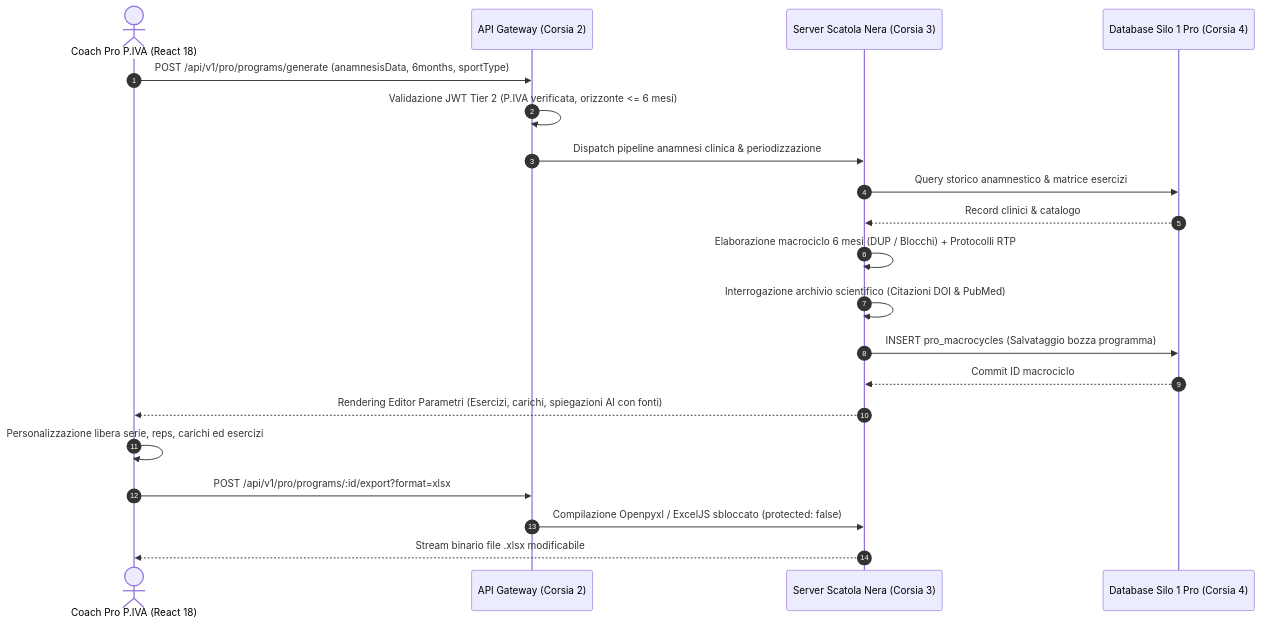
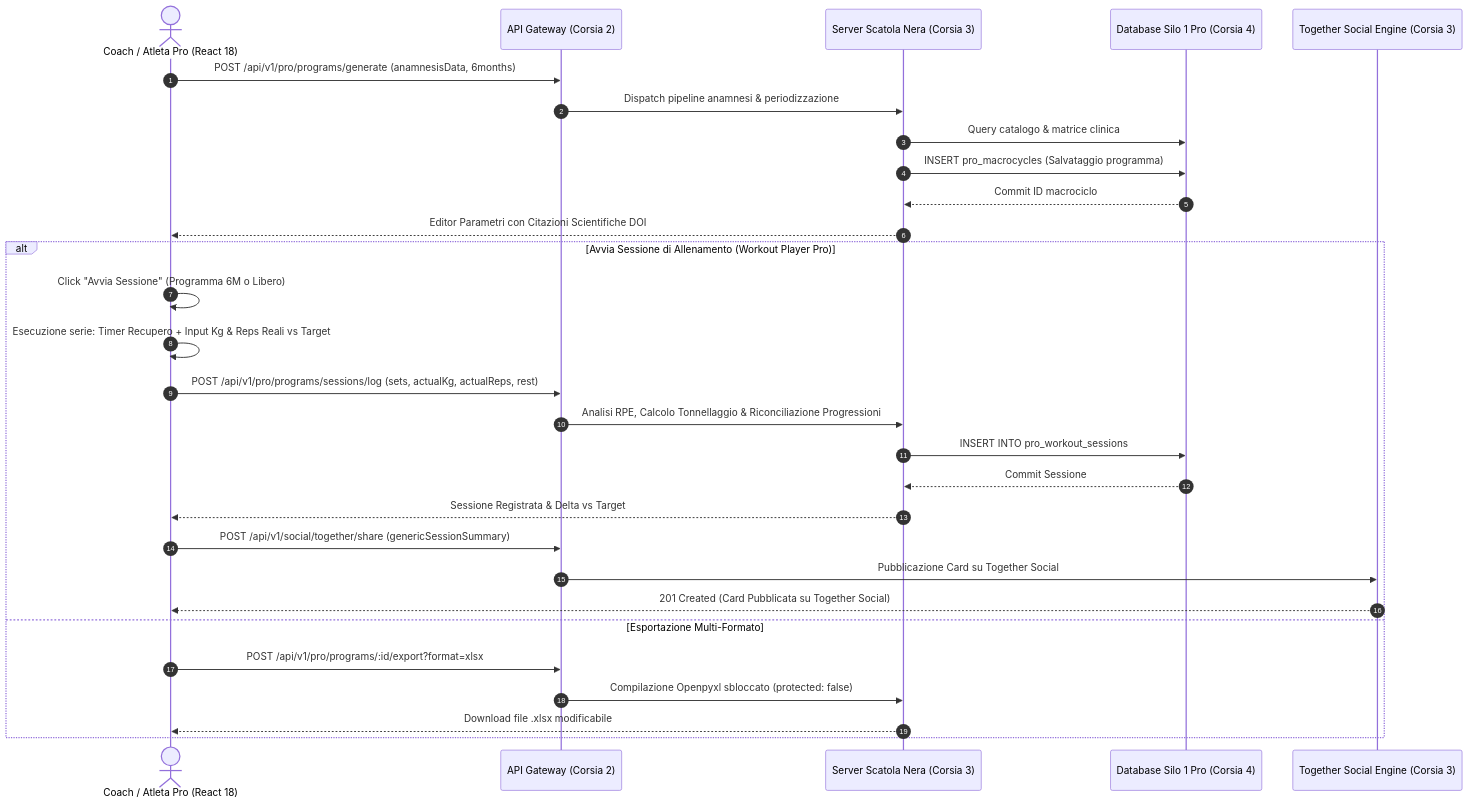
Before and after one commit to sportscience2025-star/Sports-Analytics-Platform---T7-Workout-APP: the first of 2 diagrams in architecture-blueprint/00-capitolato-tecnico-e-glossario/09-software-2-flow-3b-macrocycle-ai-triage119.md, drawn with Mermaid. The commit also changed other lines of this file and 11 other files, not shown here.

Commit message:
feat(programming): add workout player, gym interface and together social sharing across tiers 1-3

````diff
--- a/architecture-blueprint/00-capitolato-tecnico-e-glossario/09-software-2-flow-3b-macrocycle-ai-triage119.md
+++ b/architecture-blueprint/00-capitolato-tecnico-e-glossario/09-software-2-flow-3b-macrocycle-ai-triage119.md
@@ -51,24 +62,33 @@
 ```mermaid
 sequenceDiagram
     autonumber
-    actor Coach as Coach Pro P.IVA (React 18)
+    actor Coach as Coach / Atleta Pro (React 18)
     participant GW as API Gateway (Corsia 2)
     participant SRV as Server Scatola Nera (Corsia 3)
     participant DB as Database Silo 1 Pro (Corsia 4)
+    participant SOC as Together Social Engine (Corsia 3)
 
-    Coach->>GW: POST /api/v1/pro/programs/generate (anamnesisData, 6months, sportType)
-    GW->>GW: Validazione JWT Tier 2 (P.IVA verificata, orizzonte <= 6 mesi)
-    GW->>SRV: Dispatch pipeline anamnesi clinica & periodizzazione
-    SRV->>DB: Query storico anamnestico & matrice esercizi
-    DB-->>SRV: Record clinici & catalogo
-    SRV->>SRV: Elaborazione macrociclo 6 mesi (DUP / Blocchi) + Protocolli RTP
-    SRV->>SRV: Interrogazione archivio scientifico (Citazioni DOI & PubMed)
-    SRV->>DB: INSERT pro_macrocycles (Salvataggio bozza programma)
+    Coach->>GW: POST /api/v1/pro/programs/generate (anamnesisData, 6months)
+    GW->>SRV: Dispatch pipeline anamnesi & periodizzazione
+    SRV->>DB: Query catalogo & matrice clinica
+    SRV->>DB: INSERT pro_macrocycles (Salvataggio programma)
     DB-->>SRV: Commit ID macrociclo
-    SRV-->>Coach: Rendering Editor Parametri (Esercizi, carichi, spiegazioni AI con fonti)
+    SRV-->>Coach: Editor Parametri con Citazioni Scientifiche DOI
 
-    Coach->>Coach: Personalizzazione libera serie, reps, carichi ed esercizi
-    Coach->>GW: POST /api/v1/pro/programs/:id/export?format=xlsx
-    GW->>SRV: Compilazione Openpyxl / ExcelJS sbloccato (protected: false)
-    SRV-->>Coach: Stream binario file .xlsx modificabile
+    alt Avvia Sessione di Allenamento (Workout Player Pro)
+        Coach->>Coach: Click "Avvia Sessione" (Programma 6M o Libero)
+        Coach->>Coach: Esecuzione serie: Timer Recupero + Input Kg & Reps Reali vs Target
+        Coach->>GW: POST /api/v1/pro/programs/sessions/log (sets, actualKg, actualReps, rest)
+        GW->>SRV: Analisi RPE, Calcolo Tonnellaggio & Riconciliazione Progressioni
+        SRV->>DB: INSERT INTO pro_workout_sessions
+        DB-->>SRV: Commit Sessione
+        SRV-->>Coach: Sessione Registrata & Delta vs Target
+        Coach->>GW: POST /api/v1/social/together/share (genericSessionSummary)
+        GW->>SOC: Pubblicazione Card su Together Social
+        SOC-->>Coach: 201 Created (Card Pubblicata su Together Social)
+    else Esportazione Multi-Formato
+        Coach->>GW: POST /api/v1/pro/programs/:id/export?format=xlsx
+        GW->>SRV: Compilazione Openpyxl sbloccato (protected: false)
+        SRV-->>Coach: Download file .xlsx modificabile
+    end
 ```
````
